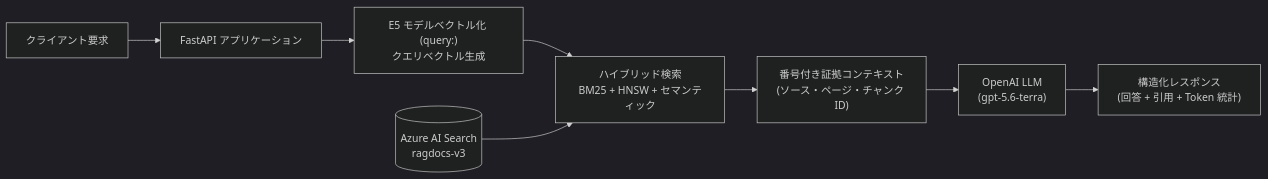
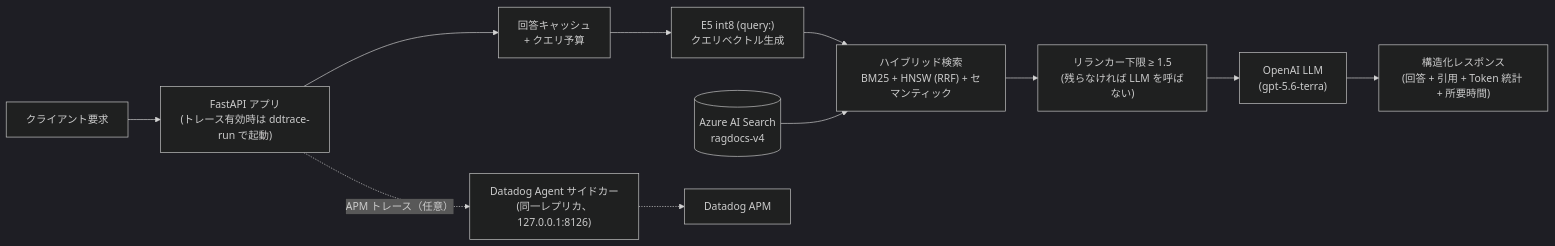
Before and after one commit to workHMZ/aca-ghcr-cicd-lab: the eighth of 9 diagrams in README.md, drawn with Mermaid (dark theme). The commit also changed other lines of this file and 40 other files, not shown here.

````diff
--- a/README.md
+++ b/README.md
@@ -443,10 +653,13 @@
 ```mermaid
 flowchart LR
-    Client["クライアント要求"] --> API["FastAPI アプリケーション"]
-    API --> QVec["E5 モデルベクトル化 (query:)<br/>クエリベクトル生成"]
-    QVec --> Hybrid["ハイブリッド検索<br/>BM25 + HNSW + セマンティック"]
-    Index[("Azure AI Search<br/>ragdocs-v3")] --> Hybrid
-    Hybrid --> Context["番号付き証拠コンテキスト<br/>(ソース・ページ・チャンク ID)"]
-    Context --> LLM["OpenAI LLM<br/>(gpt-5.6-terra)"]
-    LLM --> Response["構造化レスポンス<br/>(回答 + 引用 + Token 統計)"]
+    Client["クライアント要求"] --> API["FastAPI アプリ<br/>(トレース有効時は ddtrace-run で起動)"]
+    API --> Guard["回答キャッシュ<br/>+ クエリ予算"]
+    Guard --> QVec["E5 int8 (query:)<br/>クエリベクトル生成"]
+    QVec --> Hybrid["ハイブリッド検索<br/>BM25 + HNSW (RRF) + セマンティック"]
+    Index[("Azure AI Search<br/>ragdocs-v4")] --> Hybrid
+    Hybrid --> Floor["リランカー下限 ≥ 1.5<br/>(残らなければ LLM を呼ばない)"]
+    Floor --> LLM["OpenAI LLM<br/>(gpt-5.6-terra)"]
+    LLM --> Response["構造化レスポンス<br/>(回答 + 引用 + Token 統計 + 所要時間)"]
+    API -. "APM トレース（任意）" .-> Agent["Datadog Agent サイドカー<br/>(同一レプリカ、127.0.0.1:8126)"]
+    Agent -.-> APM["Datadog APM"]
 ```
````
